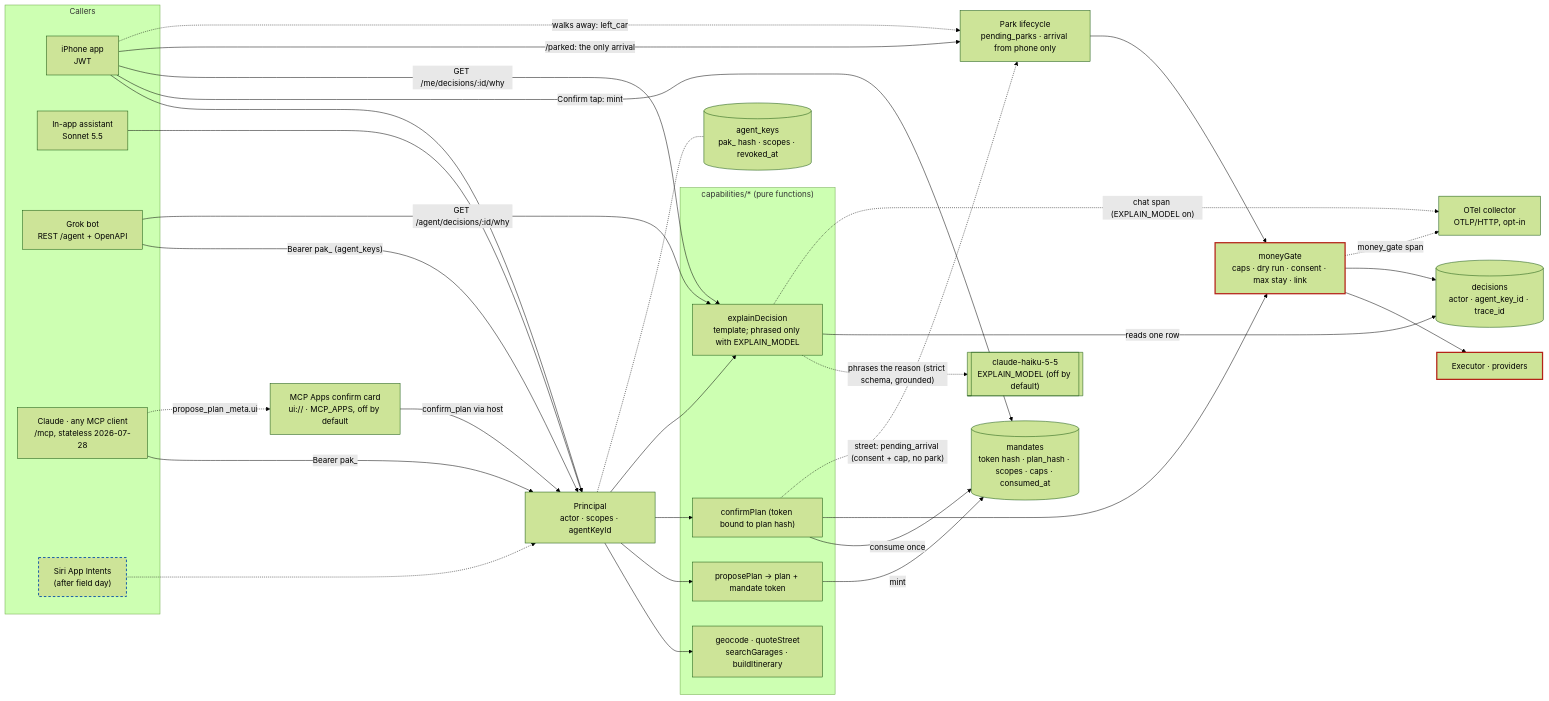
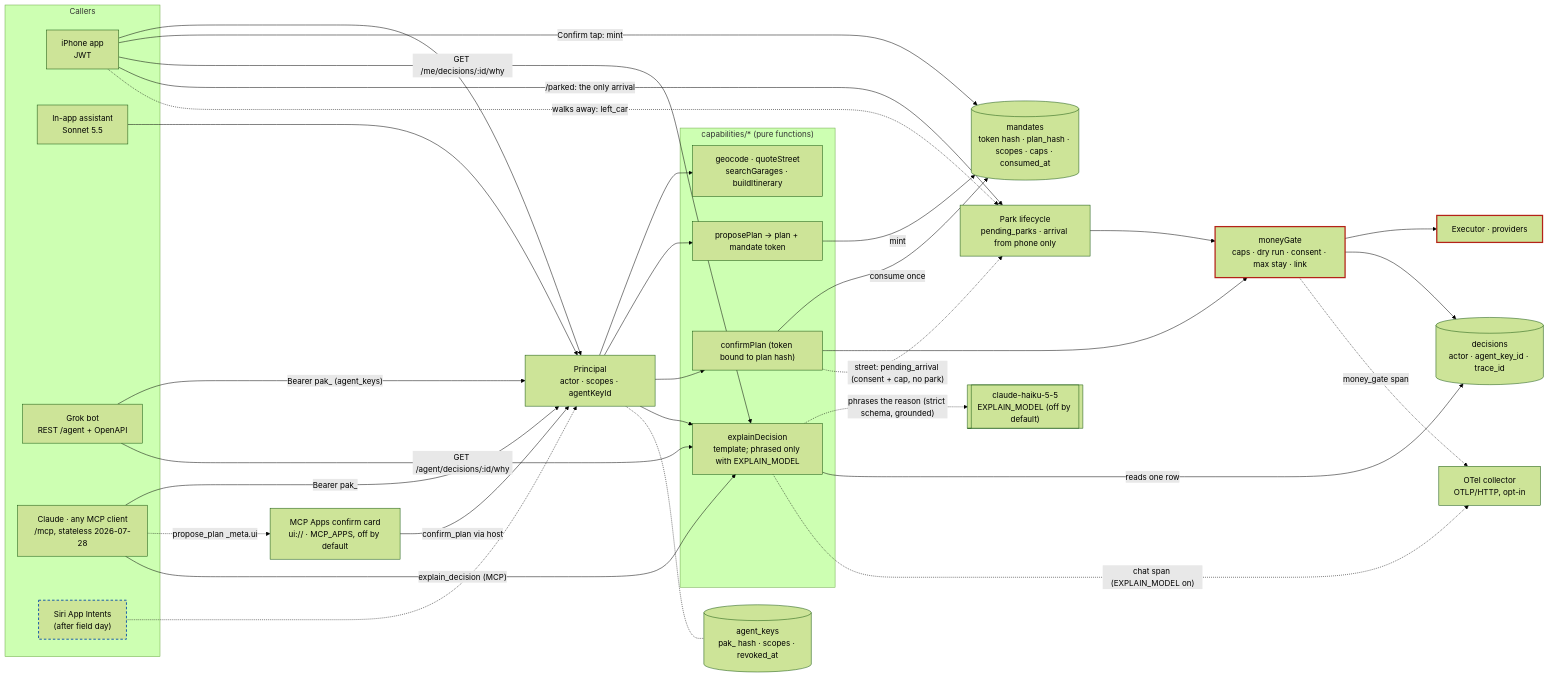
One commit to thomasbardhi01/parkagent changed the third of 4 diagrams in docs/architecture.md. Above: the diagram before and after it, drawn with Mermaid (forest theme). The commit also changed 12 other files, not shown here.

First line of the commit message:
Why over MCP: explain_decision, and the agent's why in agentActions (Issue M follow-up) (#279)

````diff
--- a/docs/architecture.md
+++ b/docs/architecture.md
@@ -133,61 +133,62 @@
 ```mermaid
 flowchart LR
   subgraph Callers
     APP["iPhone app<br/>JWT"]
     LOOP["In-app assistant<br/>Sonnet 5.5"]
     GROK["Grok bot<br/>REST /agent + OpenAPI"]
     CL["Claude · any MCP client<br/>/mcp, stateless 2026-07-28"]
     SIRI["Siri App Intents<br/>(after field day)"]
   end
 
   P["Principal<br/>actor · scopes · agentKeyId"]
 
   subgraph Cap["capabilities/* (pure functions)"]
     C1["geocode · quoteStreet<br/>searchGarages · buildItinerary"]
     C2["proposePlan → plan + mandate token"]
     C3["confirmPlan (token bound to plan hash)"]
     C4["explainDecision<br/>template; phrased only with EXPLAIN_MODEL"]
   end
 
   GATE["moneyGate<br/>caps · dry run · consent · max stay · link"]
   LIFE["Park lifecycle<br/>pending_parks · arrival from phone only"]
   EXE["Executor · providers"]
   OT["OTel collector<br/>OTLP/HTTP, opt-in"]
   DEC[("decisions<br/>actor · agent_key_id · trace_id")]
   KEYS[("agent_keys<br/>pak_ hash · scopes · revoked_at")]
   MAND[("mandates<br/>token hash · plan_hash · scopes · caps · consumed_at")]
   CARD["MCP Apps confirm card<br/>ui:// · MCP_APPS, off by default"]
 
   APP --> P
   LOOP --> P
   GROK -- "Bearer pak_ (agent_keys)" --> P
   CL -- "Bearer pak_" --> P
   CL -. "propose_plan _meta.ui" .-> CARD
   CARD -- "confirm_plan via host" --> P
   SIRI -.-> P
   P --> C1 & C2 & C3
   P --> C4
   P -.- KEYS
   C2 -- "mint" --> MAND
   C3 -- "consume once" --> MAND
   APP -- "Confirm tap: mint" --> MAND
   HAIKU[["claude-haiku-5-5<br/>EXPLAIN_MODEL (off by default)"]]
   C4 -. "phrases the reason (strict schema, grounded)" .-> HAIKU
   C4 -- "reads one row" --> DEC
   GROK -- "GET /agent/decisions/:id/why" --> C4
+  CL -- "explain_decision (MCP)" --> C4
   APP -- "GET /me/decisions/:id/why" --> C4
   C3 --> GATE
   C3 -. "street: pending_arrival (consent + cap, no park)" .-> LIFE
   APP -- "/parked: the only arrival" --> LIFE
   LIFE --> GATE
   GATE --> EXE
   GATE --> DEC
   GATE -. "money_gate span" .-> OT
   C4 -. "chat span (EXPLAIN_MODEL on)" .-> OT
   APP -. "walks away: left_car" .-> LIFE
 
   classDef money stroke:#b42318,stroke-width:2.5px
   classDef planned stroke:#1d5fa8,stroke-width:2px,stroke-dasharray:5 4
   class GATE,EXE money
   class SIRI planned
 ```
````
